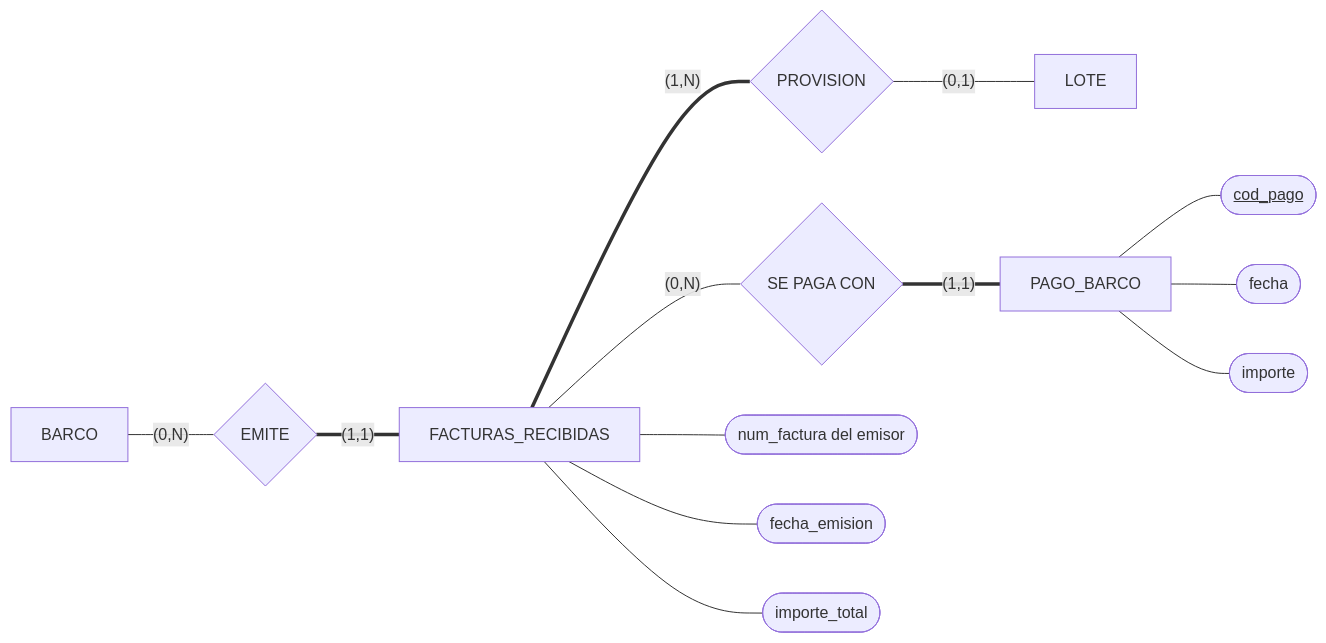
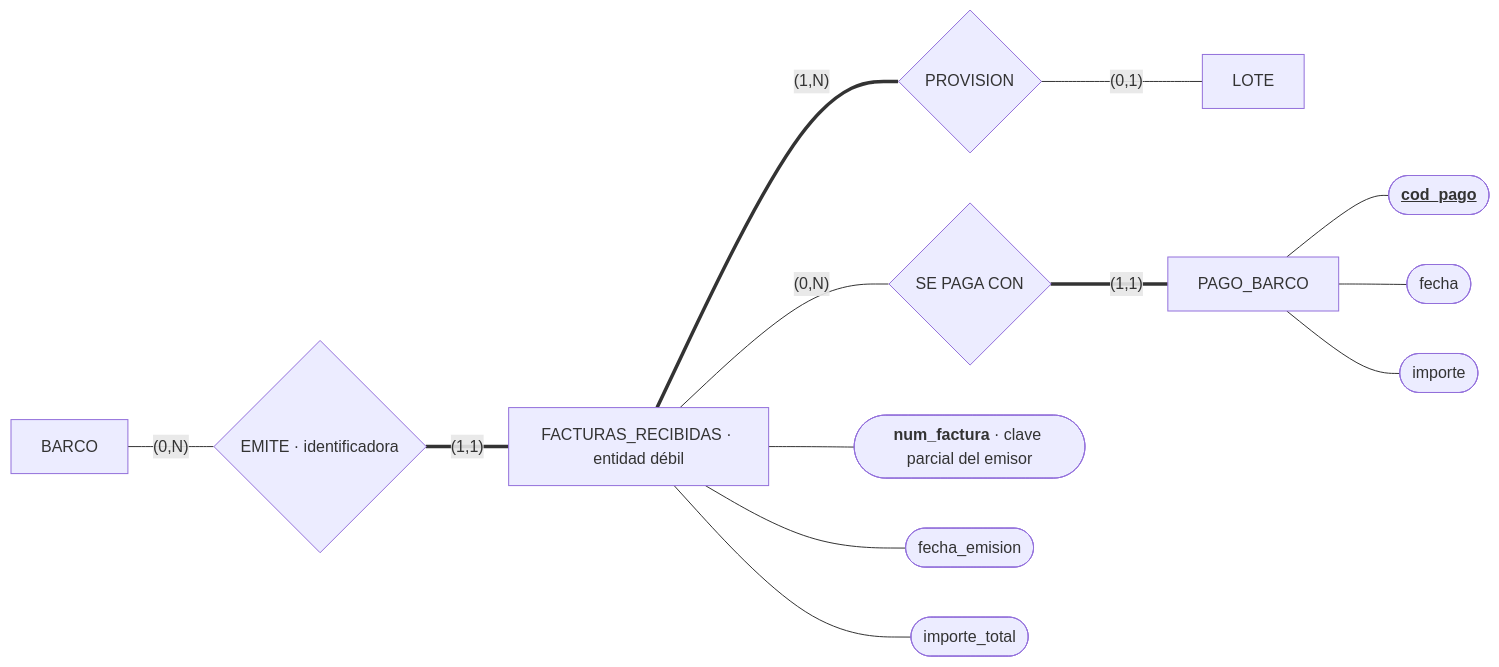
Before and after one commit to JulTob/BasesDeDatos: the diagram in Practica/P1/Schema/Facturas_Proveedor.md, drawn with Mermaid. The commit also changed other lines of this file and 16 other files, not shown here.

````diff
--- a/Practica/P1/Schema/Facturas_Proveedor.md
+++ b/Practica/P1/Schema/Facturas_Proveedor.md
@@ -8,16 +8,16 @@
 ```mermaid
 flowchart LR
-  Barco[BARCO] ---|"(0,N)"| Emite{EMITE}
-  Emite ===|"(1,1)"| Recibidas[FACTURAS_RECIBIDAS]
+  Barco[BARCO] ---|"(0,N)"| Emite{"EMITE · identificadora"}
+  Emite ===|"(1,1)"| Recibidas["FACTURAS_RECIBIDAS · entidad débil"]
   Recibidas ===|"(1,N)"| Provision{PROVISION}
   Provision ---|"(0,1)"| Lote[LOTE]
   Recibidas ---|"(0,N)"| Liquida{SE PAGA CON}
   Liquida ===|"(1,1)"| Pago[PAGO_BARCO]
 
-  Recibidas --- num_factura([num_factura del emisor])
+  Recibidas --- num_factura(["<b>num_factura</b> · clave parcial del emisor"])
   Recibidas --- fecha_emision([fecha_emision])
   Recibidas --- importe_total([importe_total])
-  Pago --- cod_pago(["<u>cod_pago</u>"])
+  Pago --- cod_pago(["<b><u>cod_pago</u></b>"])
   Pago --- fecha([fecha])
   Pago --- importe([importe])
 ```
````
